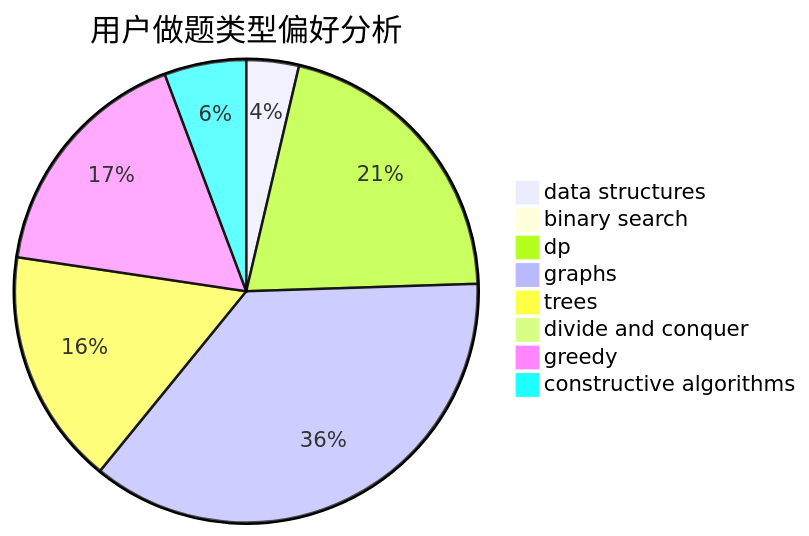
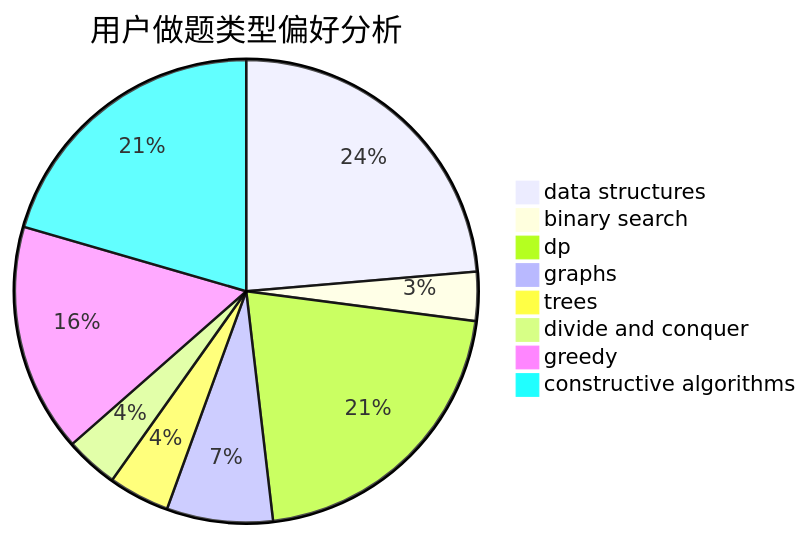
The second of 3 diagrams in docs/user/u42.md (sherpahu/cfrs.github.io), drawn with Mermaid before and after one commit. The commit also changed other lines of this file and 2770 other files, not shown here.

````diff
--- a/docs/user/u42.md
+++ b/docs/user/u42.md
@@ -23,11 +23,11 @@
 ```mermaid
 pie title 用户做题类型偏好分析
-    "data structures" :  16
-    "binary search" :  0
-    "dp" :  91
-    "graphs" :  159
-    "trees" :  72
-    "divide and conquer" :  0
-    "greedy" :  74
-    "constructive algorithms" :  25
+    "data structures" :  83
+    "binary search" :  12
+    "dp" :  74
+    "graphs" :  26
+    "trees" :  15
+    "divide and conquer" :  13
+    "greedy" :  56
+    "constructive algorithms" :  72
 ```
````
